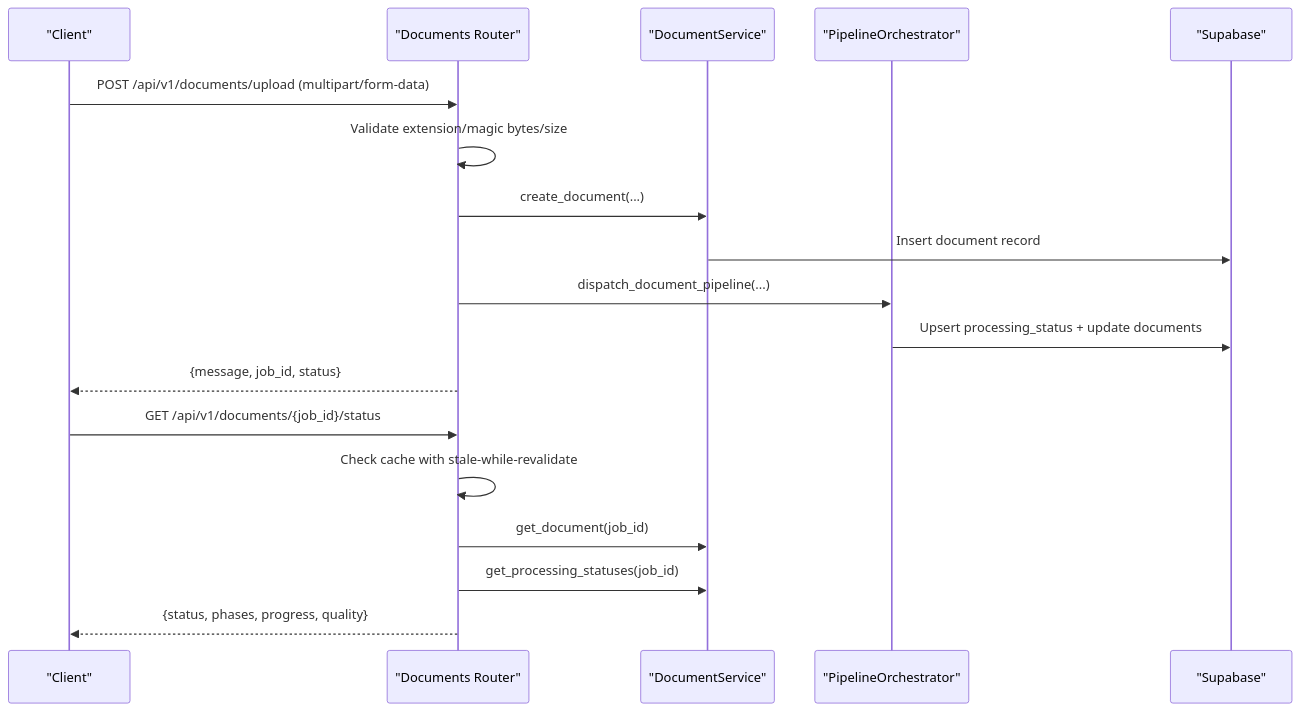
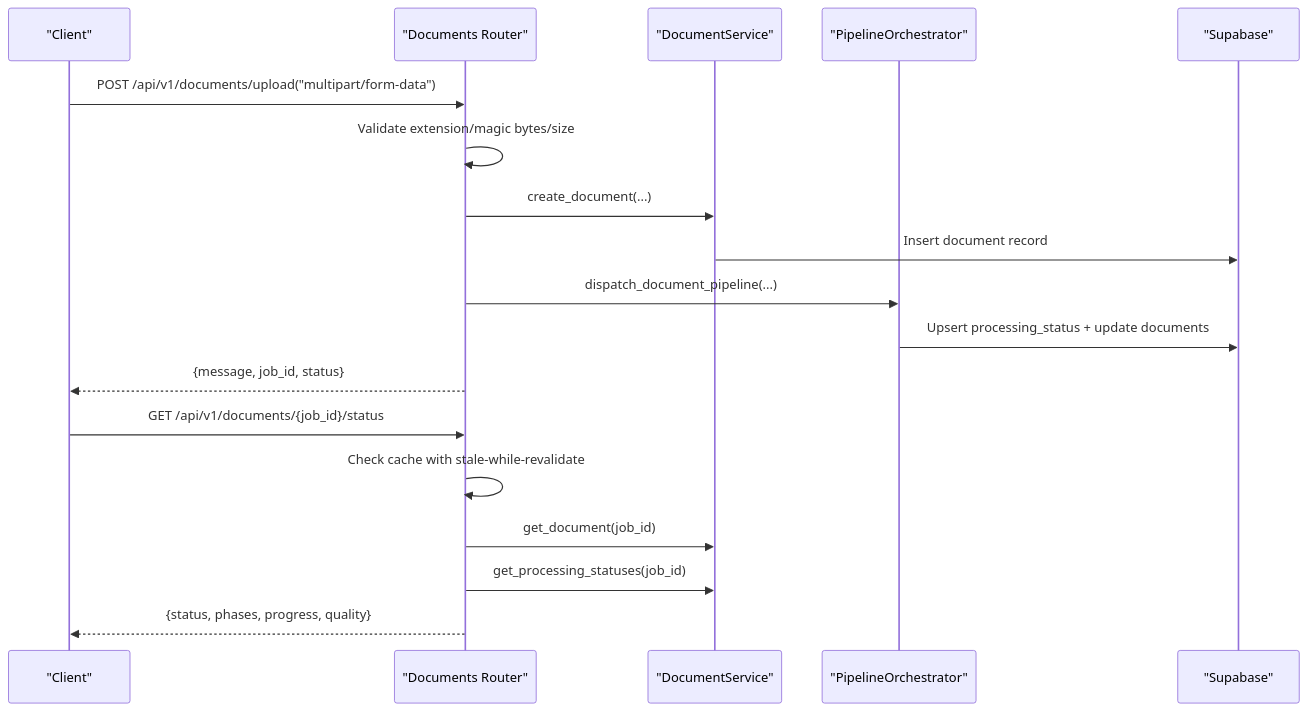
One commit to rohitkumarnaidu/ScholarFormAI changed the second of 4 diagrams in docs/docs/knowledge/API Reference/Document Processing Endpoints.md. Above: the diagram before and after it, drawn with Mermaid. The commit also changed 73 other files, not shown here.

First line of the commit message:
docs: enterprise-level markdown upgrade with Mermaid diagrams

````diff
--- a/docs/docs/knowledge/API Reference/Document Processing Endpoints.md
+++ b/docs/docs/knowledge/API Reference/Document Processing Endpoints.md
@@ -109,20 +109,20 @@
 ```mermaid
 sequenceDiagram
 participant C as "Client"
 participant D as "Documents Router"
 participant DS as "DocumentService"
 participant P as "PipelineOrchestrator"
 participant DB as "Supabase"
-C->>D : POST /api/v1/documents/upload (multipart/form-data)
+C->>D : POST /api/v1/documents/upload("multipart/form-data")
 D->>D : Validate extension/magic bytes/size
 D->>DS : create_document(...)
 DS->>DB : Insert document record
 D->>P : dispatch_document_pipeline(...)
 P->>DB : Upsert processing_status + update documents
 D-->>C : {message, job_id, status}
 C->>D : GET /api/v1/documents/{job_id}/status
 D->>D : Check cache with stale-while-revalidate
 D->>DS : get_document(job_id)
 D->>DS : get_processing_statuses(job_id)
 D-->>C : {status, phases, progress, quality}
 ```
````
